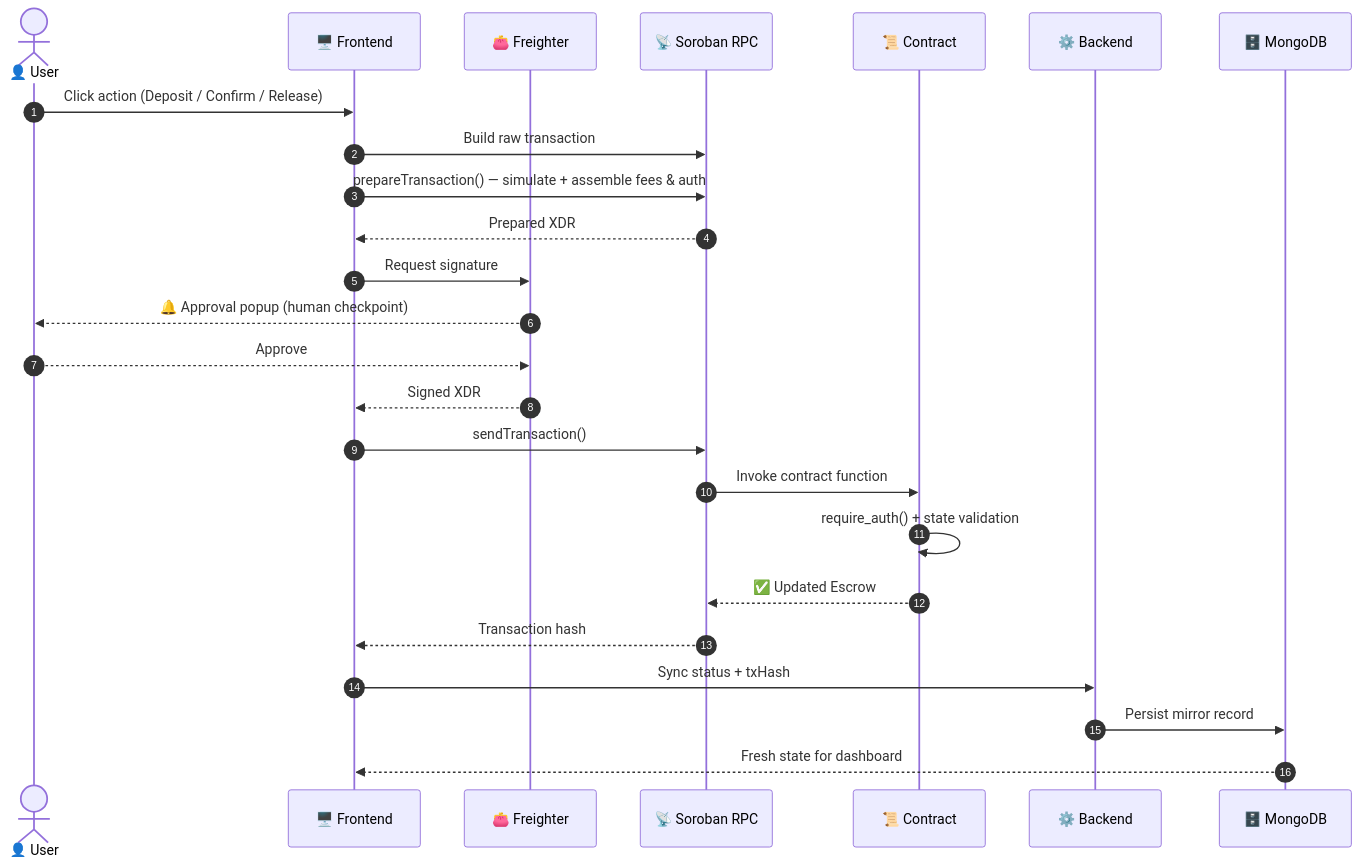
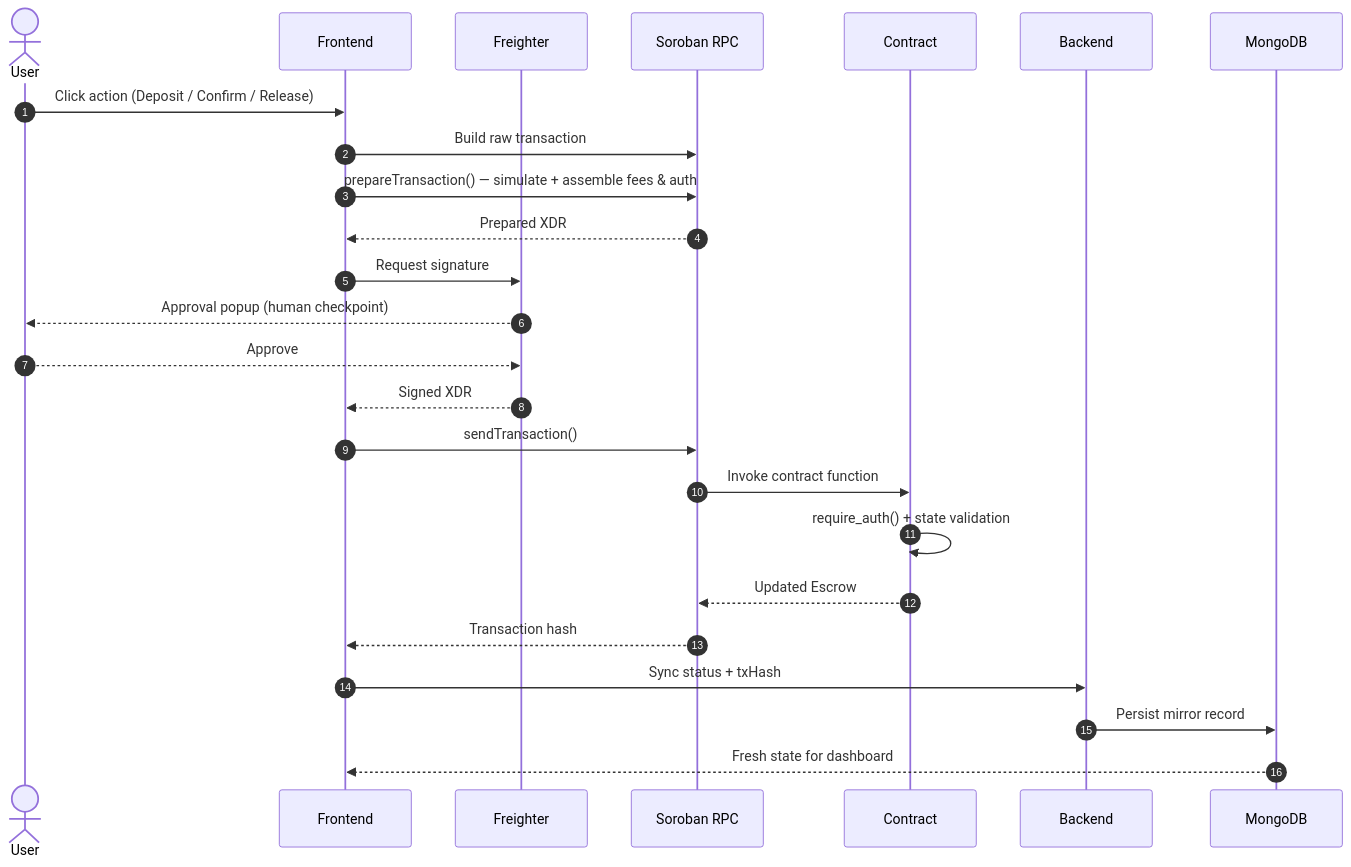
Before and after one commit to omjoshi-2307/SureD: the second of 6 diagrams in README.md, drawn with Mermaid. The commit also changed other lines of this file and 1 other file, not shown here.

````diff
--- a/README.md
+++ b/README.md
@@ -212,28 +192,28 @@
 ```mermaid
 sequenceDiagram
     autonumber
-    actor U as 👤 User
-    participant F as 🖥️ Frontend
-    participant W as 👛 Freighter
-    participant R as 📡 Soroban RPC
-    participant C as 📜 Contract
-    participant B as ⚙️ Backend
-    participant D as 🗄️ MongoDB
+    actor U as User
+    participant F as Frontend
+    participant W as Freighter
+    participant R as Soroban RPC
+    participant C as Contract
+    participant B as Backend
+    participant D as MongoDB
 
     U->>F: Click action (Deposit / Confirm / Release)
     F->>R: Build raw transaction
     F->>R: prepareTransaction() — simulate + assemble fees & auth
     R-->>F: Prepared XDR
     F->>W: Request signature
-    W-->>U: 🔔 Approval popup (human checkpoint)
+    W-->>U: Approval popup (human checkpoint)
     U-->>W: Approve
     W-->>F: Signed XDR
     F->>R: sendTransaction()
     R->>C: Invoke contract function
     C->>C: require_auth() + state validation
-    C-->>R: ✅ Updated Escrow
+    C-->>R: Updated Escrow
     R-->>F: Transaction hash
     F->>B: Sync status + txHash
     B->>D: Persist mirror record
     D-->>F: Fresh state for dashboard
 ```
````
